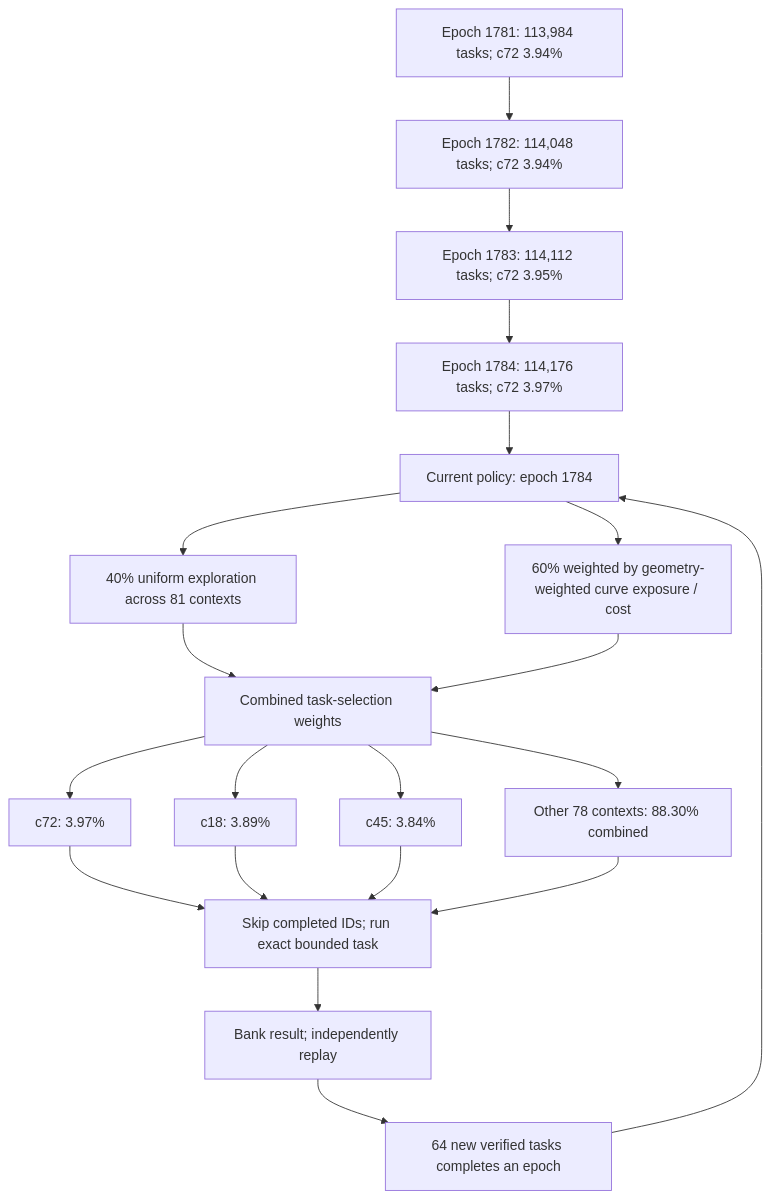
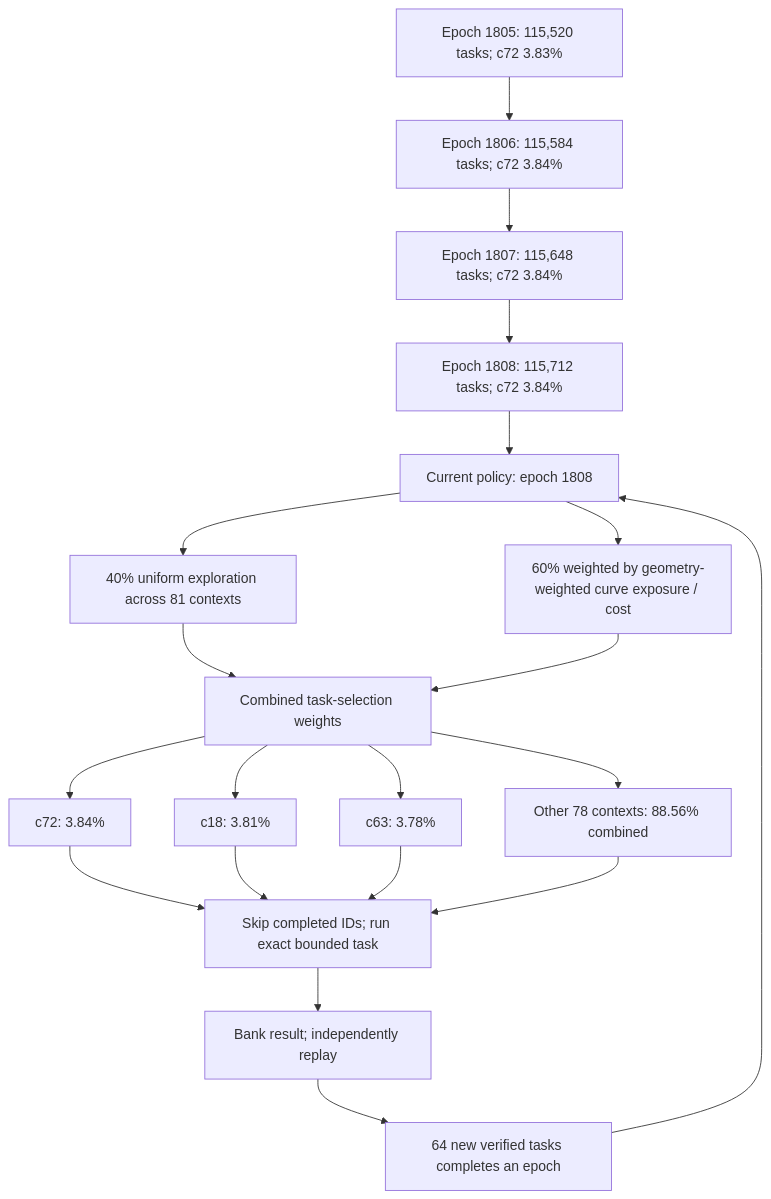
Before and after one commit to Kuberwastaken/math-gambling: the first of 3 diagrams in README.md, drawn with Mermaid. The commit also changed other lines of this file and 3120 other files, not shown here.

````diff
--- a/README.md
+++ b/README.md
@@ -56,27 +56,27 @@
 ```mermaid
 flowchart TD
-    H0["Epoch 1781: 113,984 tasks; c72 3.94%"]
-    H1["Epoch 1782: 114,048 tasks; c72 3.94%"]
+    H0["Epoch 1805: 115,520 tasks; c72 3.83%"]
+    H1["Epoch 1806: 115,584 tasks; c72 3.84%"]
     H0 --> H1
-    H2["Epoch 1783: 114,112 tasks; c72 3.95%"]
+    H2["Epoch 1807: 115,648 tasks; c72 3.84%"]
     H1 --> H2
-    H3["Epoch 1784: 114,176 tasks; c72 3.97%"]
+    H3["Epoch 1808: 115,712 tasks; c72 3.84%"]
     H2 --> H3
-    Policy["Current policy: epoch 1784"]
+    Policy["Current policy: epoch 1808"]
     H3 --> Policy
     Policy --> Explore["40% uniform exploration across 81 contexts"]
     Policy --> Cost["60% weighted by geometry-weighted curve exposure / cost"]
     Explore --> Mix["Combined task-selection weights"]
     Cost --> Mix
-    Mix --> C0["c72: 3.97%"]
-    Mix --> C1["c18: 3.89%"]
-    Mix --> C2["c45: 3.84%"]
-    Mix --> Rest["Other 78 contexts: 88.30% combined"]
+    Mix --> C0["c72: 3.84%"]
+    Mix --> C1["c18: 3.81%"]
+    Mix --> C2["c63: 3.78%"]
+    Mix --> Rest["Other 78 contexts: 88.56% combined"]
     C0 --> Check["Skip completed IDs; run exact bounded task"]
     C1 --> Check
     C2 --> Check
     Rest --> Check
     Check --> Replay["Bank result; independently replay"]
     Replay --> Gate["64 new verified tasks completes an epoch"]
     Gate --> Policy
 ```
````
